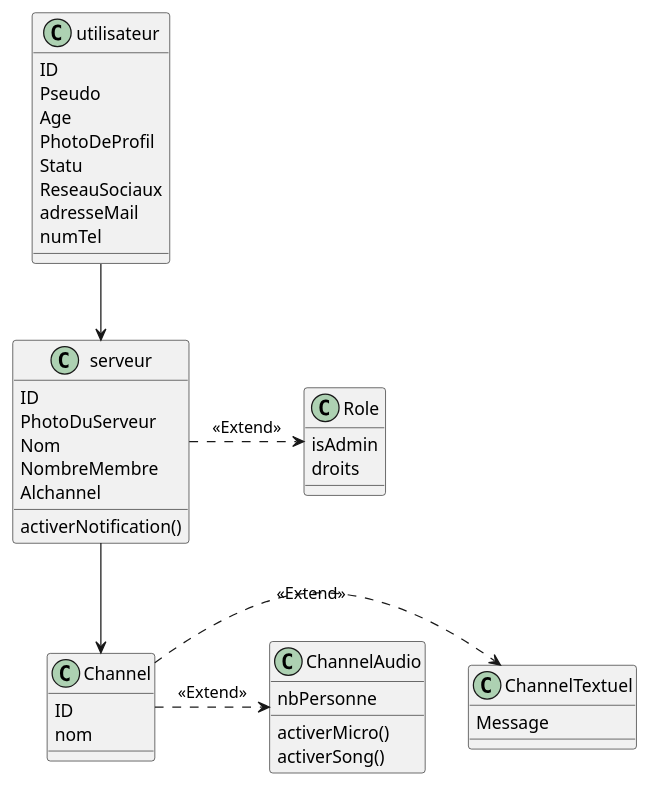
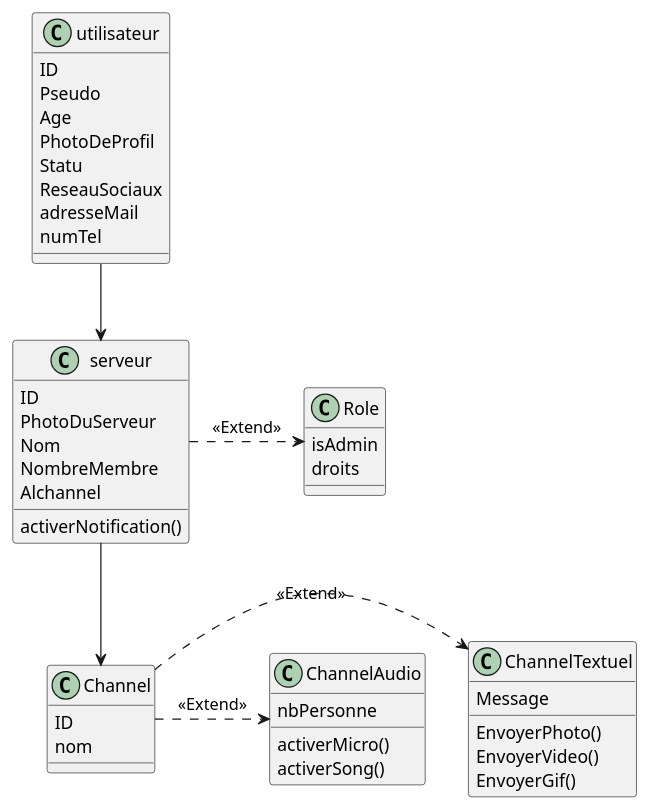
Before and after one commit to IUT-Blagnac/bcoo-retro2021-bcoo-retro2021-g16: the diagram in discord.plantuml, drawn with PlantUML.

```diff
--- a/discord.plantuml
+++ b/discord.plantuml
@@ -1,49 +1,52 @@
 @startuml
 
 class utilisateur {
   ID
   Pseudo 
   Age 
   PhotoDeProfil
   Statu
   ReseauSociaux
   adresseMail
   numTel
 }
 
 class serveur {
   ID
   PhotoDuServeur
   Nom
   NombreMembre
   Alchannel 
   activerNotification()
 }
 
 class Role {
   isAdmin
   droits
 }
 
 class Channel {
   ID
   nom
 }
 
 class ChannelAudio{
   nbPersonne
   activerMicro()
   activerSong()
 }
 
 class ChannelTextuel{
   Message
+  EnvoyerPhoto()
+  EnvoyerVideo()
+  EnvoyerGif()
 }
 
 utilisateur --> serveur
 serveur .> Role : <<Extend>>
 serveur --> Channel
 Channel .> ChannelTextuel : <<Extend>>
 Channel .> ChannelAudio : <<Extend>>
 
 @enduml
```
